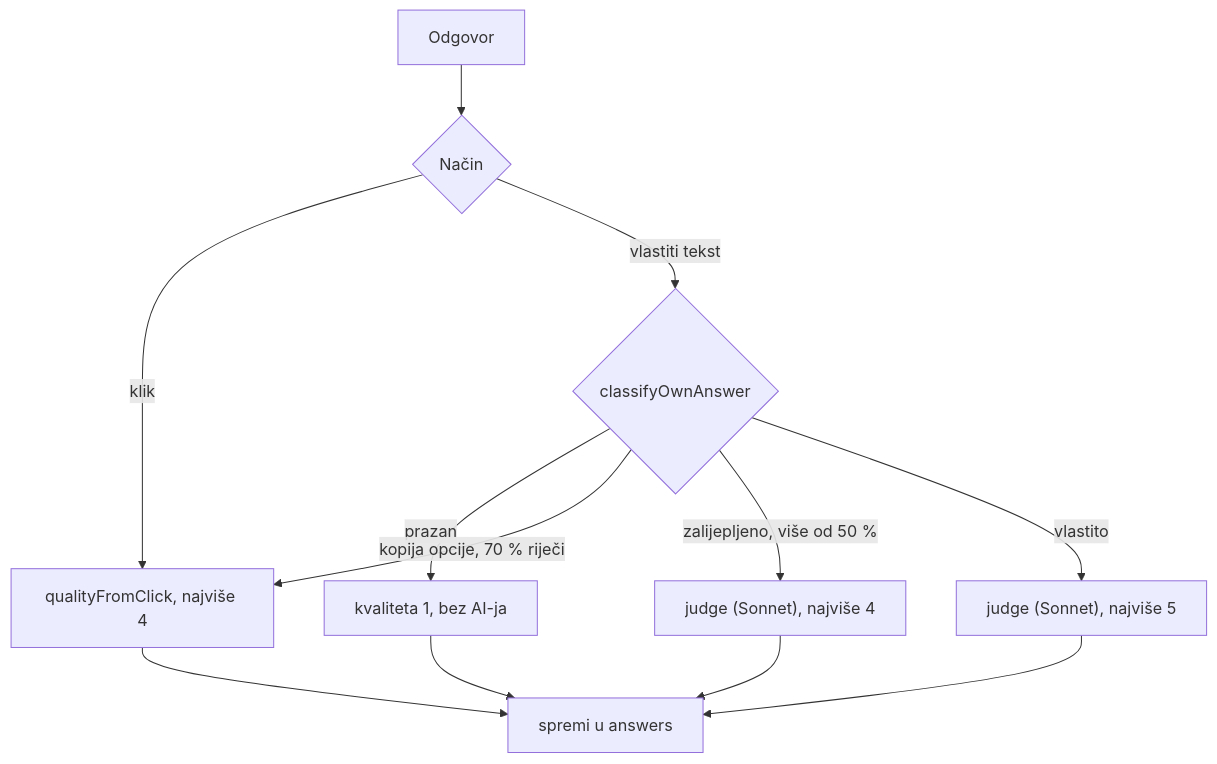
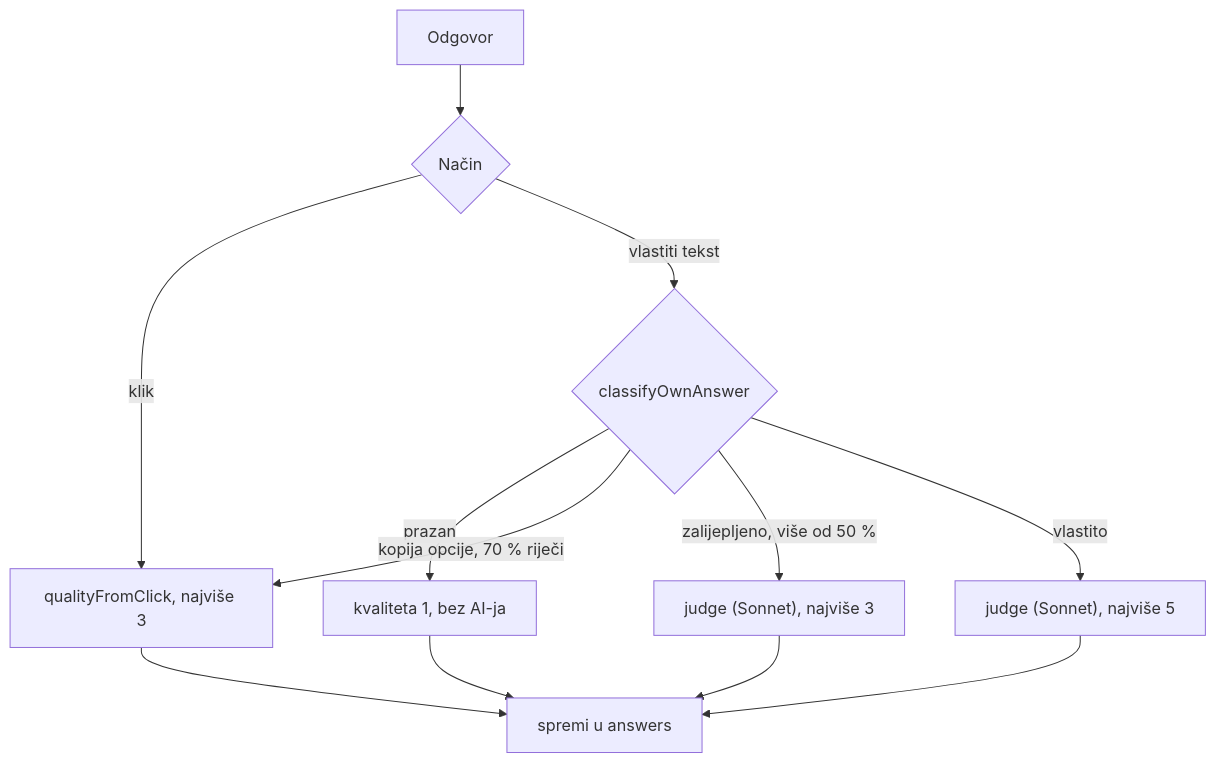
Before and after one commit to leonkreso784-bit/riihack: the third of 3 diagrams in docs/ARHITEKTURA.md, drawn with Mermaid. The commit also changed other lines of this file and 35 other files, not shown here.

````diff
--- a/docs/ARHITEKTURA.md
+++ b/docs/ARHITEKTURA.md
@@ -141,14 +142,14 @@
 ```mermaid
 flowchart TD
   A["Odgovor"] --> B{"Način"}
-  B -->|"klik"| C["qualityFromClick, najviše 4"]
+  B -->|"klik"| C["qualityFromClick, najviše 3"]
   B -->|"vlastiti tekst"| D{"classifyOwnAnswer"}
   D -->|"prazan"| E["kvaliteta 1, bez AI-ja"]
   D -->|"kopija opcije, 70 % riječi"| C
-  D -->|"zalijepljeno, više od 50 %"| F["judge (Sonnet), najviše 4"]
+  D -->|"zalijepljeno, više od 50 %"| F["judge (Sonnet), najviše 3"]
   D -->|"vlastito"| G["judge (Sonnet), najviše 5"]
   F --> H["spremi u answers"]
   G --> H
   C --> H
   E --> H
 ```
````
